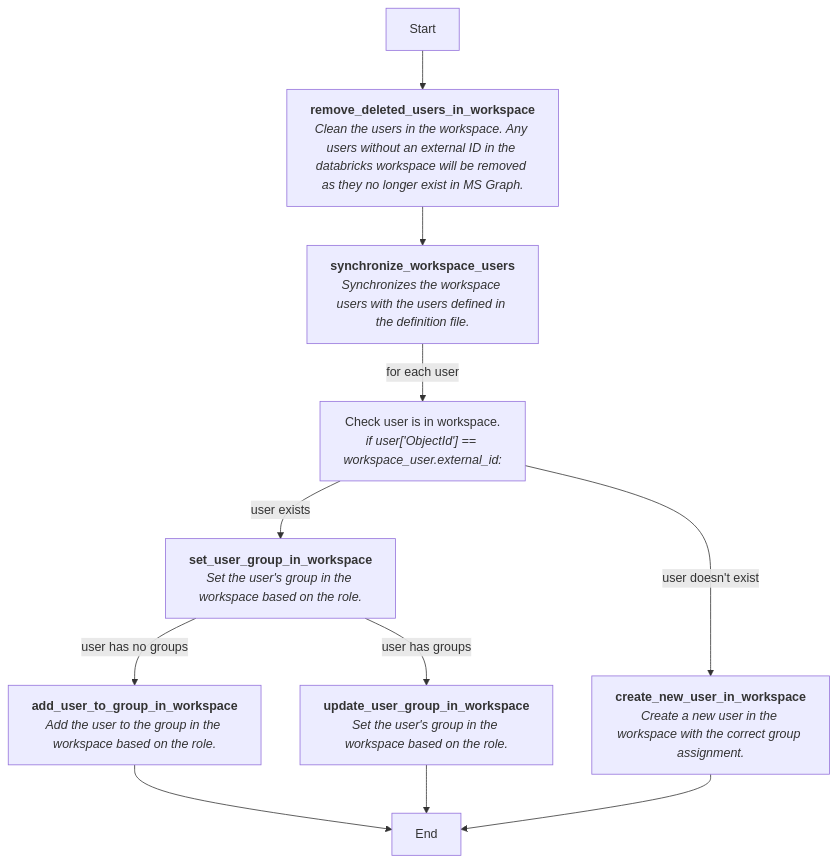
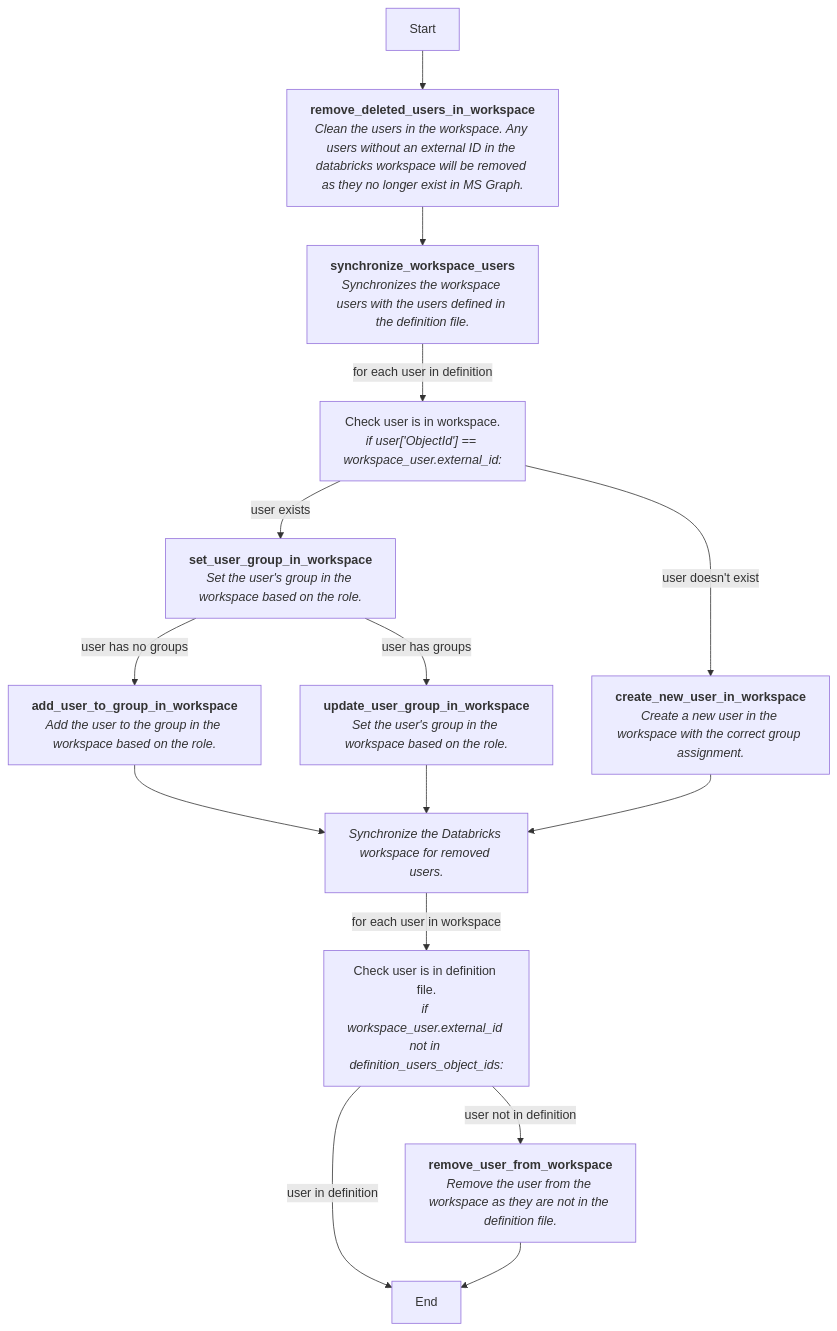
Before and after one commit to ssc-sp/datahub-portal: the diagram in ResourceProvisioner/src/ResourceProvisioner.Functions.Python/README.md, drawn with Mermaid. The commit also changed 1 other file, not shown here.

Commit message:
Adding code to remove users from Databricks if removed from definition

````diff
--- a/ResourceProvisioner/src/ResourceProvisioner.Functions.Python/README.md
+++ b/ResourceProvisioner/src/ResourceProvisioner.Functions.Python/README.md
@@ -25,39 +25,51 @@
 ```mermaid
 flowchart
     Start --> Clean["`
     **remove_deleted_users_in_workspace**
     *Clean the users in the workspace. Any users without an external ID in the databricks workspace will be removed as they no longer exist in MS Graph.*
     `"]
 
     Clean --> Sync["`
     **synchronize_workspace_users**
     *Synchronizes the workspace users with the users defined in the definition file.*
     `"]
-    Sync -->|for each user| Exists["`
+    Sync -->|for each user in definition| Exists["`
     Check user is in workspace.
     *if user['ObjectId'] == workspace_user.external_id:*
     `"]
     
     Exists-->|user exists| SetGroup["`
     **set_user_group_in_workspace**
     *Set the user's group in the workspace based on the role.*
     `"]
     Exists-->|user doesn't exist| Add["`
     **create_new_user_in_workspace**
     *Create a new user in the workspace with the correct group assignment.*
     `"]
 
     SetGroup --> |user has no groups| AddGroup["`
     **add_user_to_group_in_workspace**
     *Add the user to the group in the workspace based on the role.*
     `"]
     SetGroup --> |user has groups| UpdateGroups["`
     **update_user_group_in_workspace**
     *Set the user's group in the workspace based on the role.*
     `"]
 
-    AddGroup --> End
-    UpdateGroups --> End
+    AddGroup --> Empty["`*Synchronize the Databricks workspace for removed users.*`"]
+    UpdateGroups --> Empty
+    Add --> Empty
 
-    Add --> End
+    Empty --> |for each user in workspace| CheckDef["`
+    Check user is in definition file.
+    *if workspace_user.external_id not in definition_users_object_ids:*
+    `"]
+
+    CheckDef -->|user not in definition| Remove["`
+    **remove_user_from_workspace**
+    *Remove the user from the workspace as they are not in the definition file.*
+    `"]
+
+    CheckDef -->|user in definition| End
+    Remove --> End
 ```
````
